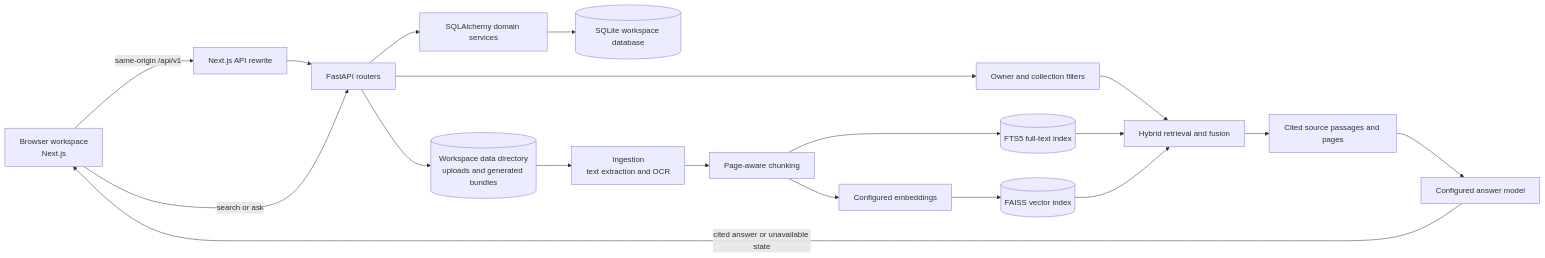
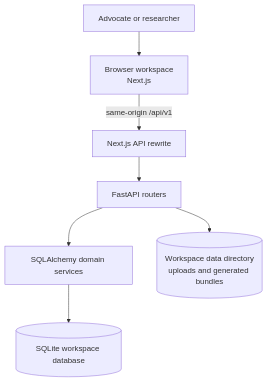
One commit to mHemaAP/tantara changed the first of 3 diagrams in README.md. Above: the diagram before and after it, drawn with Mermaid. The commit also changed other lines of this file, not shown here.

Commit message:
docs: separate architecture and request flow diagrams

````diff
--- a/README.md
+++ b/README.md
@@ -9,21 +9,9 @@
 ```mermaid
-flowchart LR
-  Browser[Browser workspace<br/>Next.js] -->|same-origin /api/v1| Rewrite[Next.js API rewrite]
+flowchart TB
+  User[Advocate or researcher] --> Browser[Browser workspace<br/>Next.js]
+  Browser -->|same-origin /api/v1| Rewrite[Next.js API rewrite]
   Rewrite --> API[FastAPI routers]
-  API --> ORM[SQLAlchemy domain services]
-  ORM --> DB[(SQLite workspace database)]
-  API --> Files[(Workspace data directory<br/>uploads and generated bundles)]
-  Files --> Extract[Ingestion<br/>text extraction and OCR]
-  Extract --> Chunk[Page-aware chunking]
-  Chunk --> Embed[Configured embeddings]
-  Chunk --> SearchIndex[(FTS5 full-text index)]
-  Embed --> VectorIndex[(FAISS vector index)]
-  Browser -->|search or ask| API
-  API --> Scope[Owner and collection filters]
-  Scope --> Retrieve[Hybrid retrieval and fusion]
-  SearchIndex --> Retrieve
-  VectorIndex --> Retrieve
-  Retrieve --> Sources[Cited source passages and pages]
-  Sources --> Model[Configured answer model]
-  Model -->|cited answer or unavailable state| Browser
+  API --> Domain[SQLAlchemy domain services]
+  Domain --> DB[(SQLite workspace database)]
+  API --> Storage[(Workspace data directory<br/>uploads and generated bundles)]
 ```
````
